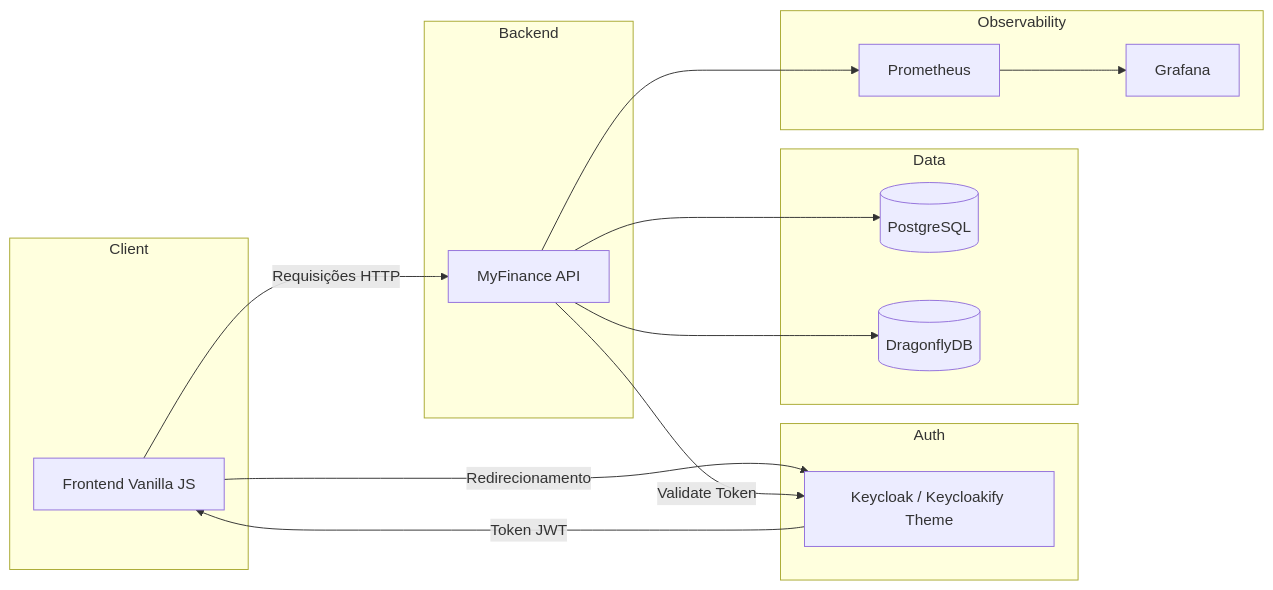
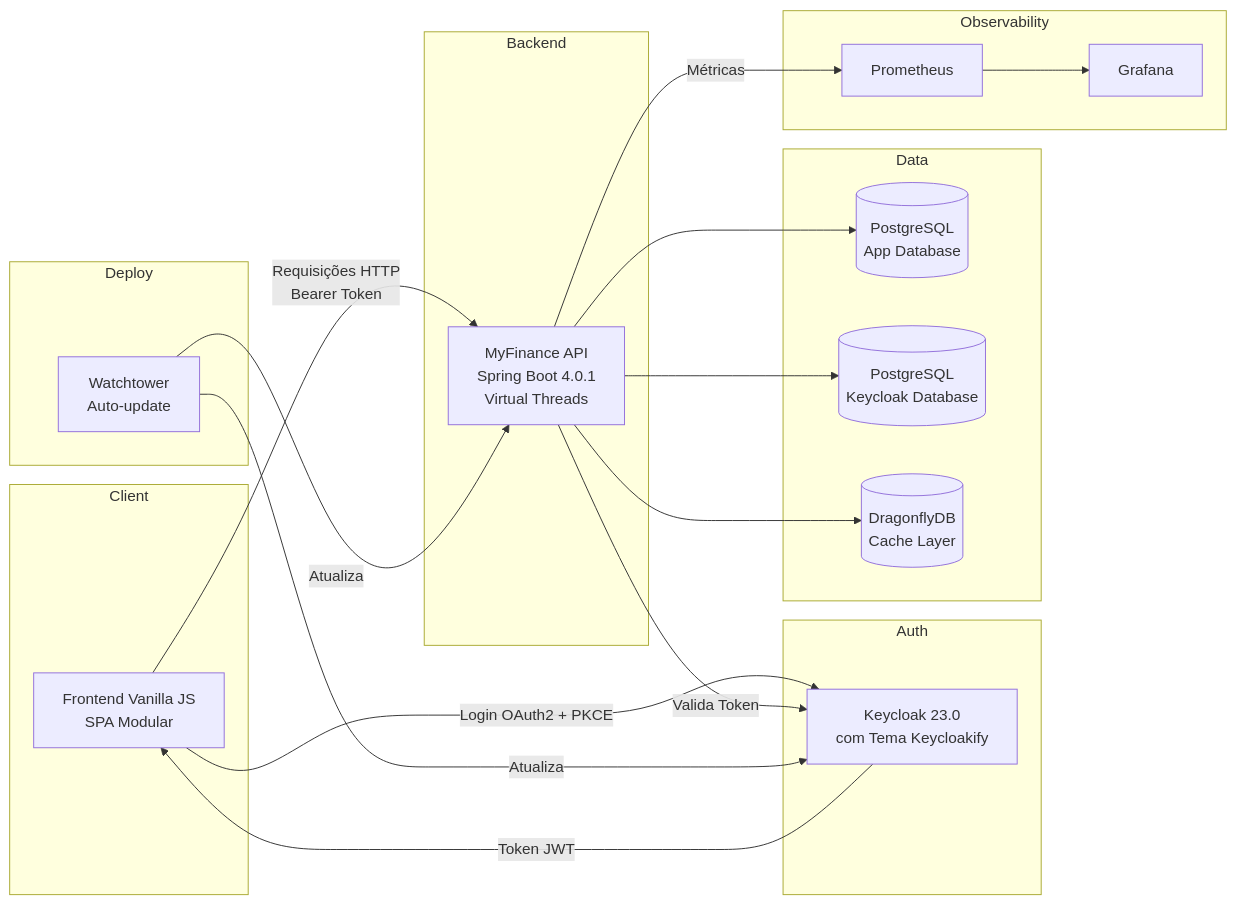
One commit to GustavoSDaniel/MyFinance changed the diagram in README.md. Above: the diagram before and after it, drawn with Mermaid. The commit also changed other lines of this file, not shown here.

````diff
--- a/README.md
+++ b/README.md
@@ -47,29 +50,36 @@
 ```mermaid
 flowchart LR
     subgraph Client
-        C[Frontend Vanilla JS]
+        C[Frontend Vanilla JS<br/>SPA Modular]
     end
     subgraph Auth
-        K[Keycloak / Keycloakify Theme]
+        K[Keycloak 23.0<br/>com Tema Keycloakify]
     end
     subgraph Backend
-        A[MyFinance API]
+        A[MyFinance API<br/>Spring Boot 4.0.1<br/>Virtual Threads]
     end
     subgraph Data
-        DB[(PostgreSQL)]
-        Cache[(DragonflyDB)]
+        DBApp[(PostgreSQL<br/>App Database)]
+        DBKeycloak[(PostgreSQL<br/>Keycloak Database)]
+        Cache[(DragonflyDB<br/>Cache Layer)]
     end
     subgraph Observability
         P[Prometheus]
         G[Grafana]
     end
+    subgraph Deploy
+        WT[Watchtower<br/>Auto-update]
+    end
 
-    C -->|Redirecionamento| K
+    C -->|Login OAuth2 + PKCE| K
     K -->|Token JWT| C
-    C -->|Requisições HTTP| A
-    A -->|Validate Token| K
-    A --> DB
+    C -->|Requisições HTTP<br/>Bearer Token| A
+    A -->|Valida Token| K
+    A --> DBApp
+    A --> DBKeycloak
     A --> Cache
-    A --> P
+    A -->|Métricas| P
     P --> G
+    WT -->|Atualiza| A
+    WT -->|Atualiza| K
 ```
````
